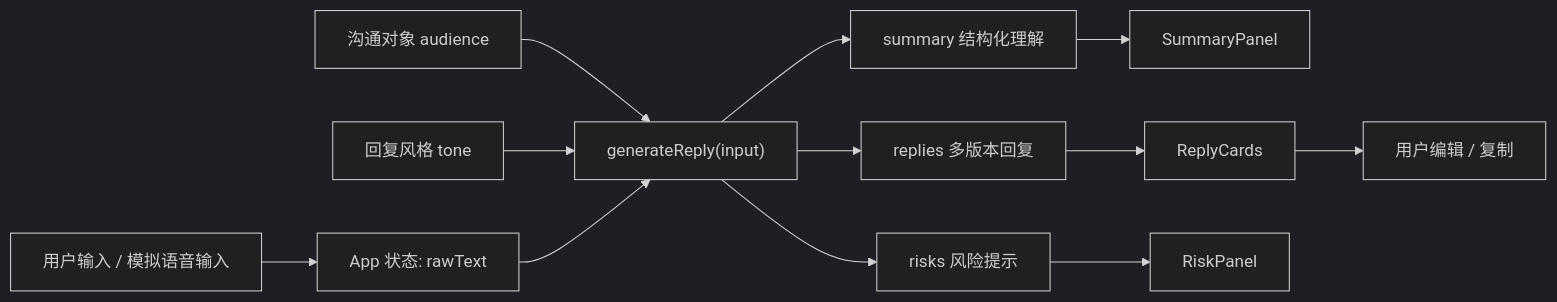
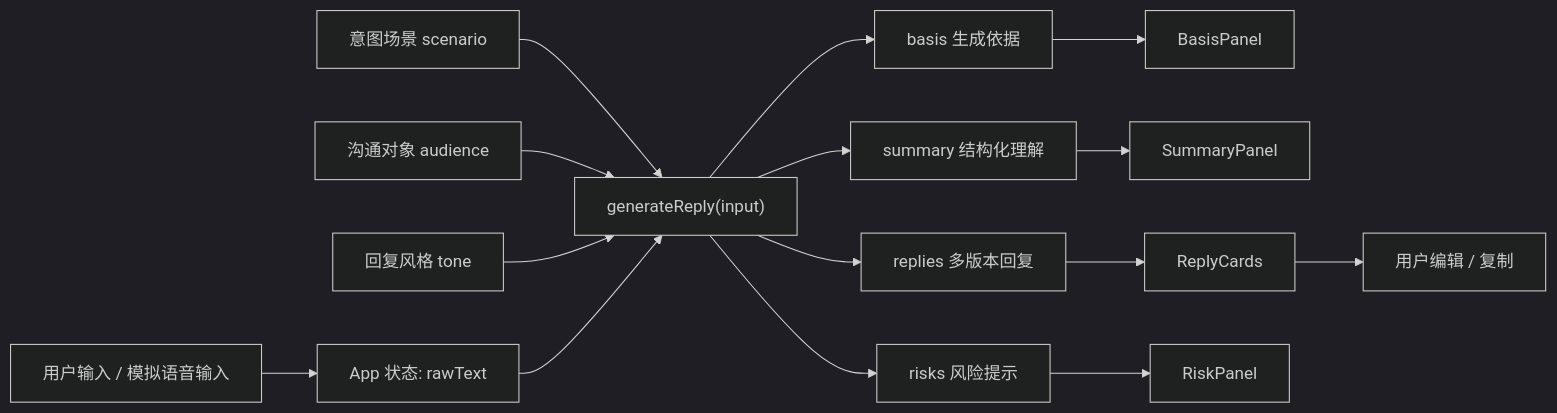
The diagram in ARCHITECTURE.md (TWTYS1/VA--orange), drawn with Mermaid (dark theme) before and after one commit. The commit also changed other lines of this file and 10 other files, not shown here.

````diff
--- a/ARCHITECTURE.md
+++ b/ARCHITECTURE.md
@@ -60,14 +64,17 @@
 ```mermaid
 flowchart LR
   A["用户输入 / 模拟语音输入"] --> B["App 状态: rawText"]
-  C["沟通对象 audience"] --> E["generateReply(input)"]
-  D["回复风格 tone"] --> E
+  C["意图场景 scenario"] --> E["generateReply(input)"]
+  D["沟通对象 audience"] --> E
+  F["回复风格 tone"] --> E
   B --> E
-  E --> F["summary 结构化理解"]
-  E --> G["replies 多版本回复"]
-  E --> H["risks 风险提示"]
-  F --> I["SummaryPanel"]
-  G --> J["ReplyCards"]
-  H --> K["RiskPanel"]
-  J --> L["用户编辑 / 复制"]
+  E --> G["basis 生成依据"]
+  E --> H["summary 结构化理解"]
+  E --> I["replies 多版本回复"]
+  E --> J["risks 风险提示"]
+  G --> K["BasisPanel"]
+  H --> L["SummaryPanel"]
+  I --> M["ReplyCards"]
+  J --> N["RiskPanel"]
+  M --> O["用户编辑 / 复制"]
 ```
````
